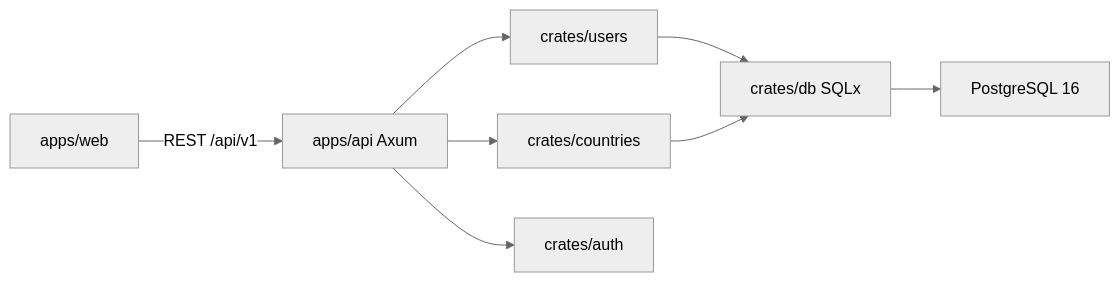
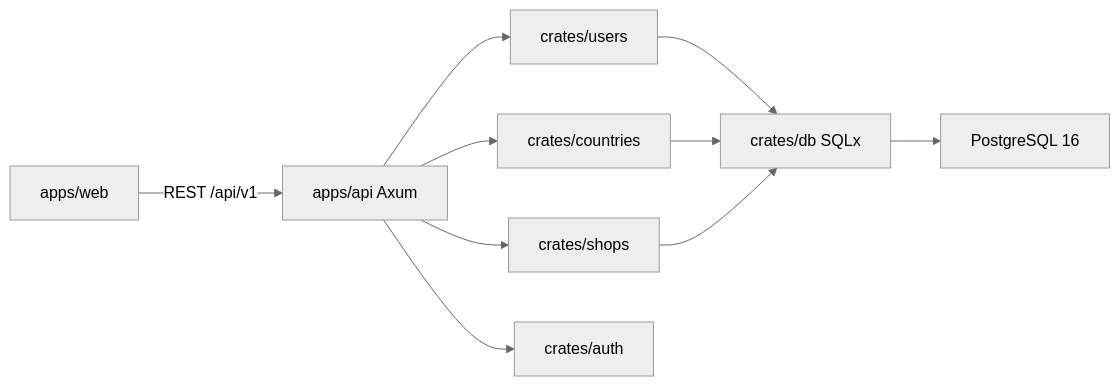
Before and after one commit to bwalia/kisaan.com: the diagram in docs/ARCHITECTURE.md, drawn with Mermaid (neutral theme). The commit also changed other lines of this file and 24 other files, not shown here.

````diff
--- a/docs/ARCHITECTURE.md
+++ b/docs/ARCHITECTURE.md
@@ -9,10 +12,12 @@
 ```mermaid
 flowchart LR
   Web["apps/web"] -->|REST /api/v1| Api["apps/api Axum"]
   Api --> Users["crates/users"]
   Api --> Countries["crates/countries"]
+  Api --> Shops["crates/shops"]
   Api --> Auth["crates/auth"]
   Users --> Db["crates/db SQLx"]
   Countries --> Db
+  Shops --> Db
   Db --> Pg["PostgreSQL 16"]
 ```
````
